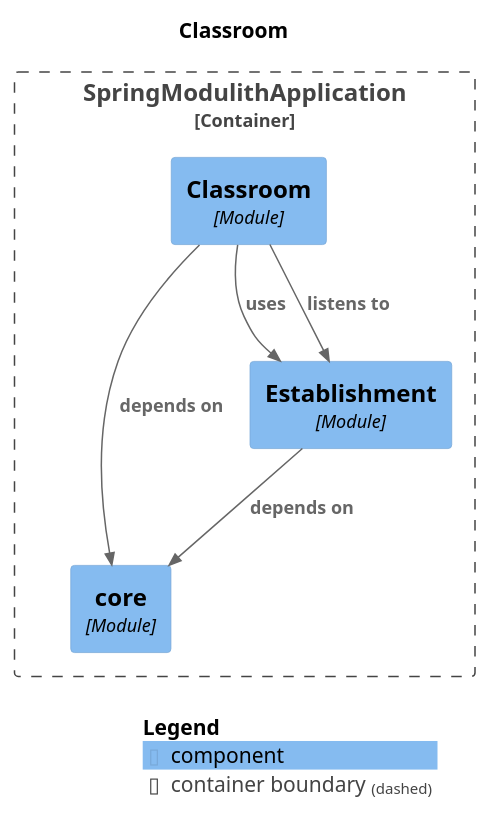
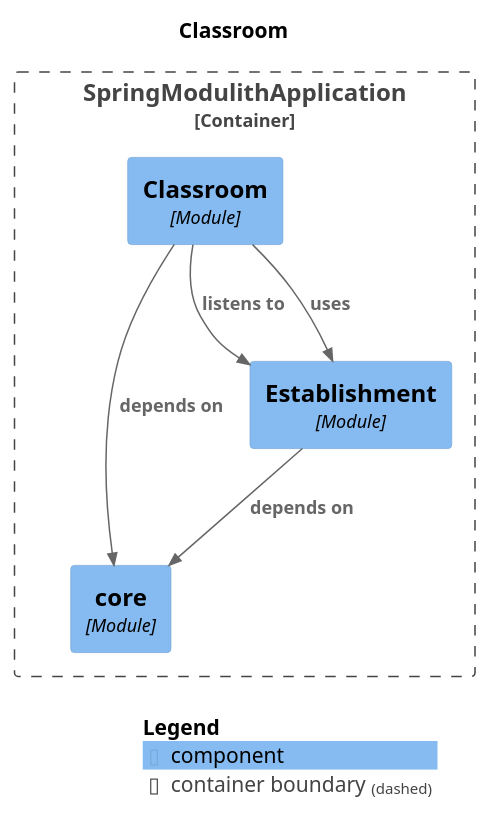
One commit to cedricSarre/spring-modulith-sample changed the diagram in doc/module-classroom.puml. Above: the diagram before and after it, drawn with PlantUML. The commit also changed 7 other files, not shown here.

```diff
--- a/doc/module-classroom.puml
+++ b/doc/module-classroom.puml
@@ -1,22 +1,23 @@
 @startuml
+set separator none
 title Classroom
 
 top to bottom direction
 
-!include https://raw.githubusercontent.com/plantuml-stdlib/C4-PlantUML/master/C4.puml
-!include https://raw.githubusercontent.com/plantuml-stdlib/C4-PlantUML/master/C4_Context.puml
-!include https://raw.githubusercontent.com/plantuml-stdlib/C4-PlantUML/master/C4_Component.puml
+!include <C4/C4>
+!include <C4/C4_Context>
+!include <C4/C4_Component>
 
 Container_Boundary("SpringModulithApplication.SpringModulithApplication_boundary", "SpringModulithApplication", $tags="") {
-  Component(SpringModulithApplication.SpringModulithApplication.core, "core", "Module", "", $tags="")
-  Component(SpringModulithApplication.SpringModulithApplication.Classroom, "Classroom", "Module", "", $tags="")
-  Component(SpringModulithApplication.SpringModulithApplication.Establishment, "Establishment", "Module", "", $tags="")
+  Component(SpringModulithApplication.SpringModulithApplication.core, "core", $techn="Module", $descr="", $tags="", $link="")
+  Component(SpringModulithApplication.SpringModulithApplication.Establishment, "Establishment", $techn="Module", $descr="", $tags="", $link="")
+  Component(SpringModulithApplication.SpringModulithApplication.Classroom, "Classroom", $techn="Module", $descr="", $tags="", $link="")
 }
 
-Rel_D(SpringModulithApplication.SpringModulithApplication.Classroom, SpringModulithApplication.SpringModulithApplication.core, "depends on", $tags="")
-Rel_D(SpringModulithApplication.SpringModulithApplication.Classroom, SpringModulithApplication.SpringModulithApplication.Establishment, "uses", $tags="")
-Rel_D(SpringModulithApplication.SpringModulithApplication.Establishment, SpringModulithApplication.SpringModulithApplication.core, "depends on", $tags="")
-Rel_D(SpringModulithApplication.SpringModulithApplication.Classroom, SpringModulithApplication.SpringModulithApplication.Establishment, "listens to", $tags="")
+Rel(SpringModulithApplication.SpringModulithApplication.Classroom, SpringModulithApplication.SpringModulithApplication.Establishment, "listens to", $techn="", $tags="", $link="")
+Rel(SpringModulithApplication.SpringModulithApplication.Classroom, SpringModulithApplication.SpringModulithApplication.core, "depends on", $techn="", $tags="", $link="")
+Rel(SpringModulithApplication.SpringModulithApplication.Classroom, SpringModulithApplication.SpringModulithApplication.Establishment, "uses", $techn="", $tags="", $link="")
+Rel(SpringModulithApplication.SpringModulithApplication.Establishment, SpringModulithApplication.SpringModulithApplication.core, "depends on", $techn="", $tags="", $link="")
 
 SHOW_LEGEND(true)
 @enduml
```
